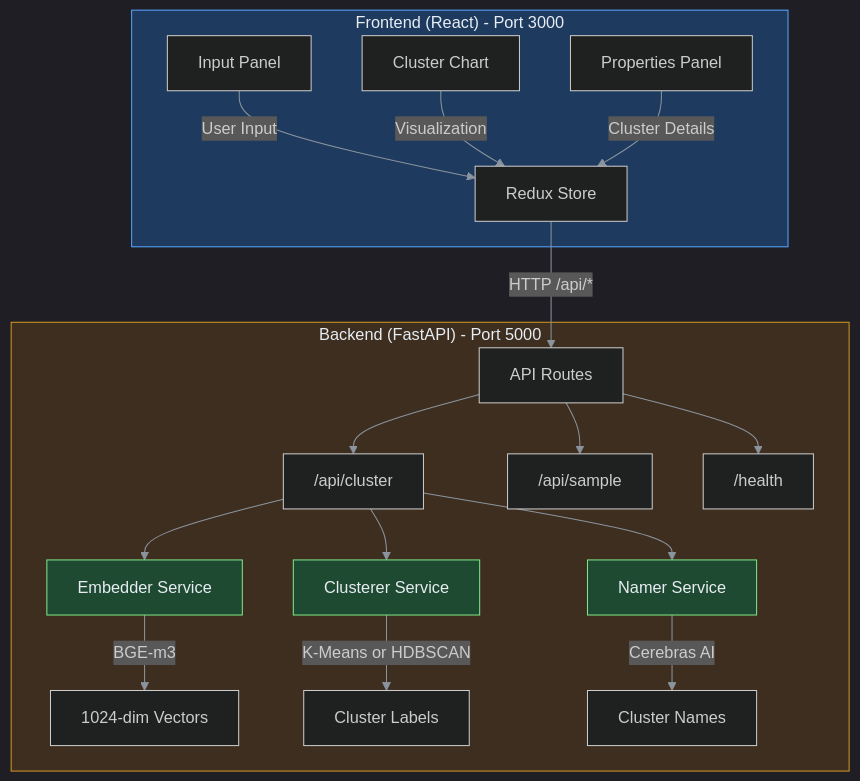
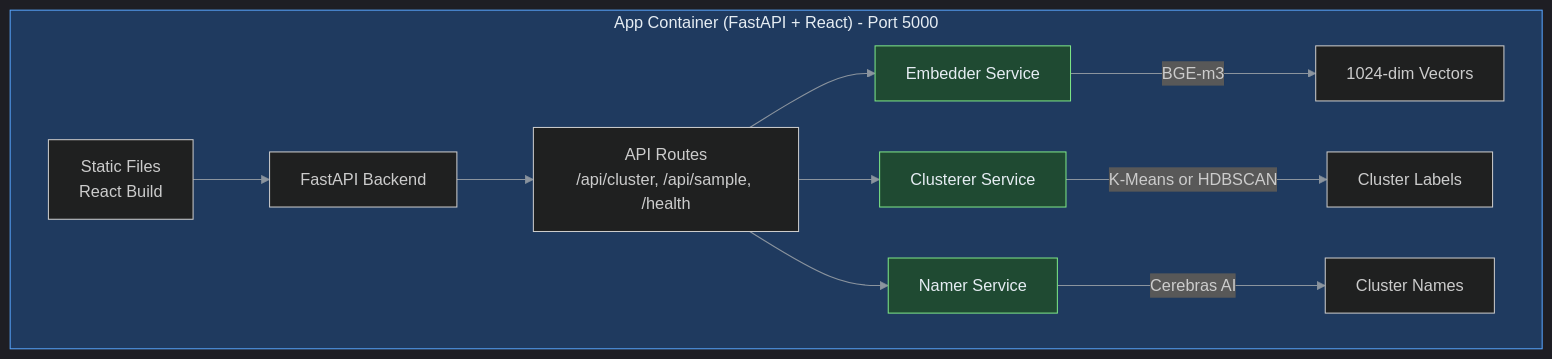
The first of 8 diagrams in README.md (Nicky9319/natural_language_clustering), drawn with Mermaid before and after one commit. The commit also changed other lines of this file and 12 other files, not shown here.

````diff
--- a/README.md
+++ b/README.md
@@ -45,31 +47,20 @@
 ```mermaid
 %%{init: {'theme': 'dark', 'themeVariables': { 'primaryColor': '#58a6ff', 'primaryTextColor': '#e6edf3', 'lineColor': '#8b949e' }} }%%
 flowchart TB
-    subgraph Frontend["Frontend (React) - Port 3000"]
-        A[Input Panel] -->|User Input| B[Redux Store]
-        C[Cluster Chart] -->|Visualization| B
-        D[Properties Panel] -->|Cluster Details| B
+    subgraph App["App Container (FastAPI + React) - Port 5000"]
+        A[Static Files<br/>React Build] --> B[FastAPI Backend]
+        B --> C["API Routes<br/>/api/cluster, /api/sample, /health"]
+        C --> D[Embedder Service]
+        C --> E[Clusterer Service]
+        C --> F[Namer Service]
+
+        D -->|BGE-m3| G[1024-dim Vectors]
+        E -->|K-Means or HDBSCAN| H[Cluster Labels]
+        F -->|Cerebras AI| I[Cluster Names]
     end
 
-    B -->|HTTP /api/*| E
-
-    subgraph Backend["Backend (FastAPI) - Port 5000"]
-        E[API Routes] --> F["/api/cluster"]
-        E --> G["/api/sample"]
-        E --> H["/health"]
-
-        F --> I[Embedder Service]
-        F --> J[Clusterer Service]
-        F --> K[Namer Service]
-
-        I -->|BGE-m3| L[1024-dim Vectors]
-        J -->|K-Means or HDBSCAN| M[Cluster Labels]
-        K -->|Cerebras AI| N[Cluster Names]
-    end
-
-    style Frontend fill:#1f3a5f,stroke:#58a6ff,color:#e6edf3
-    style Backend fill:#3d2e1f,stroke:#d29922,color:#e6edf3
-    style I fill:#1f4a32,stroke:#7ee787,color:#e6edf3
-    style J fill:#1f4a32,stroke:#7ee787,color:#e6edf3
-    style K fill:#1f4a32,stroke:#7ee787,color:#e6edf3
+    style App fill:#1f3a5f,stroke:#58a6ff,color:#e6edf3
+    style D fill:#1f4a32,stroke:#7ee787,color:#e6edf3
+    style E fill:#1f4a32,stroke:#7ee787,color:#e6edf3
+    style F fill:#1f4a32,stroke:#7ee787,color:#e6edf3
 ```
````
